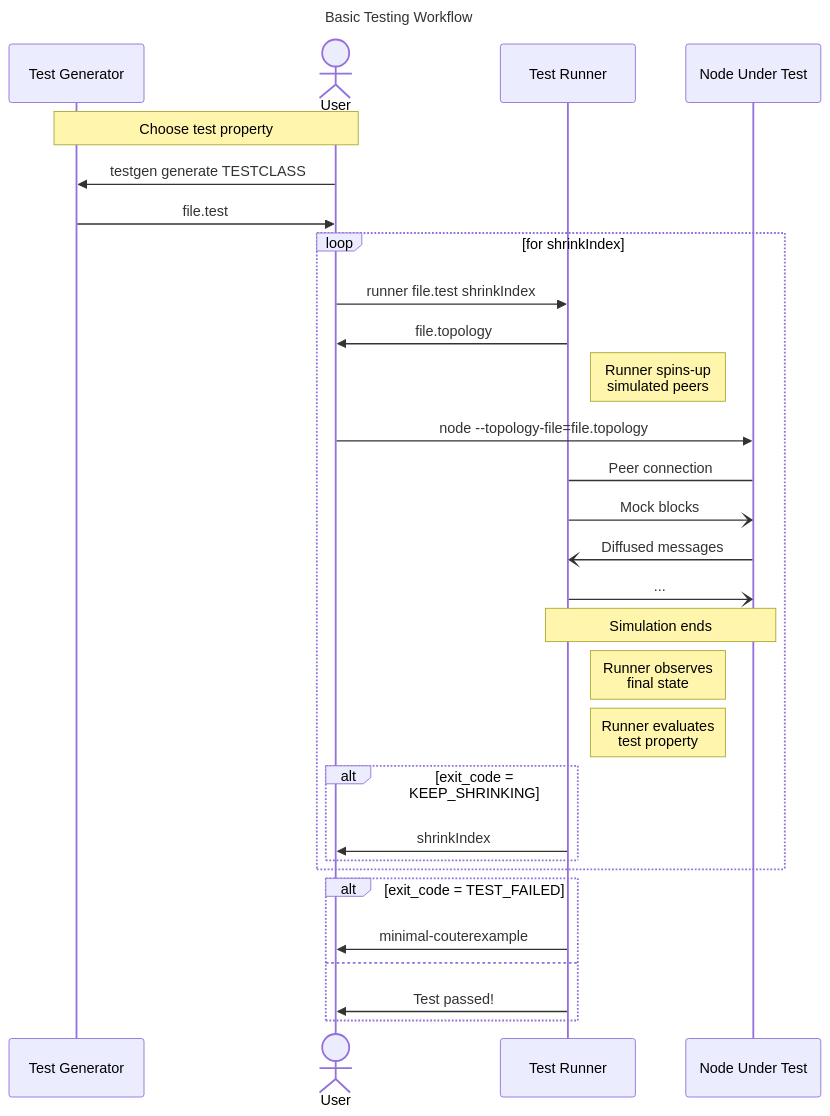
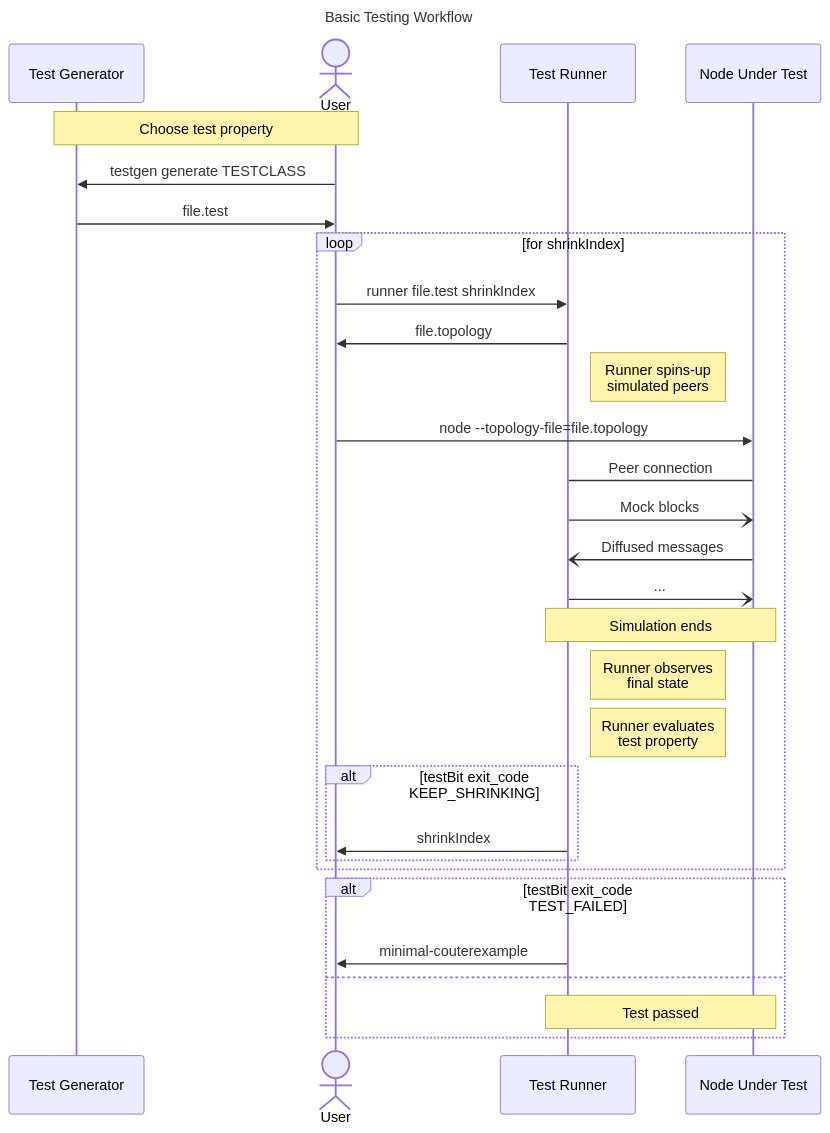
Before and after one commit to tweag/cardano-conformance-testing-of-consensus: the first of 2 diagrams in docs/diagrams.md, drawn with Mermaid.

Commit message:
Apply review suggestions

````diff
--- a/docs/diagrams.md
+++ b/docs/diagrams.md
@@ -3,44 +3,44 @@
 ```mermaid
 ---
 title: Basic Testing Workflow
 ---
 sequenceDiagram
 
   participant PSG as Test Generator
   actor User
   participant Runner as Test Runner
   participant NUT as Node Under Test
 
   Note over User,PSG: Choose test property
   User ->> PSG: testgen generate TESTCLASS
   PSG ->> User: file.test
 
   loop for shrinkIndex
 
     User ->> Runner: runner file.test shrinkIndex
     Runner ->> User: file.topology
     Note right of Runner: Runner spins-up<br/>simulated peers
     User ->> NUT: node --topology-file=file.topology
 
     NUT -> Runner: Peer connection
     Runner -) NUT: Mock blocks
     NUT -) Runner: Diffused messages
     Runner -) NUT: ...
     Note over Runner,NUT: Simulation ends
 
     Note right of Runner: Runner observes<br/>final state
     Note right of Runner: Runner evaluates<br/>test property
 
-  alt exit_code = KEEP_SHRINKING
+  alt testBit exit_code KEEP_SHRINKING
     Runner ->> User: shrinkIndex
 
   end
 
   end
 
-  alt exit_code = TEST_FAILED
+  alt testBit exit_code TEST_FAILED
     Runner ->> User: minimal-couterexample
   else
-    Runner ->> User: Test passed!
+    Note over Runner,NUT: Test passed
   end
 ```
````
